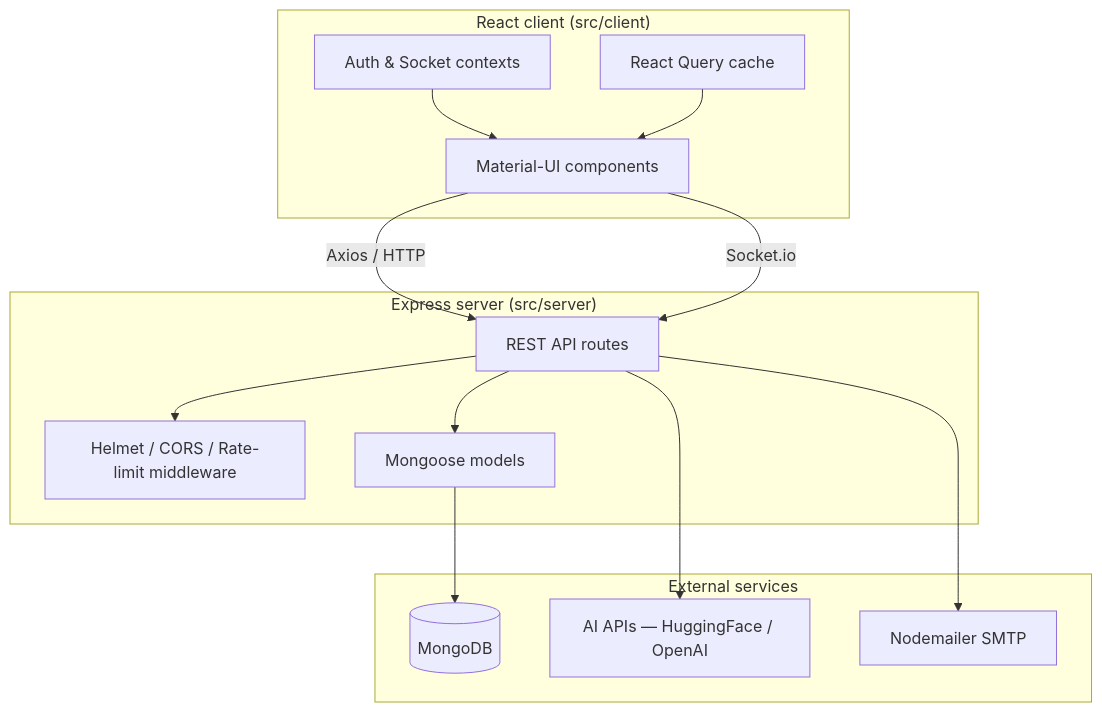
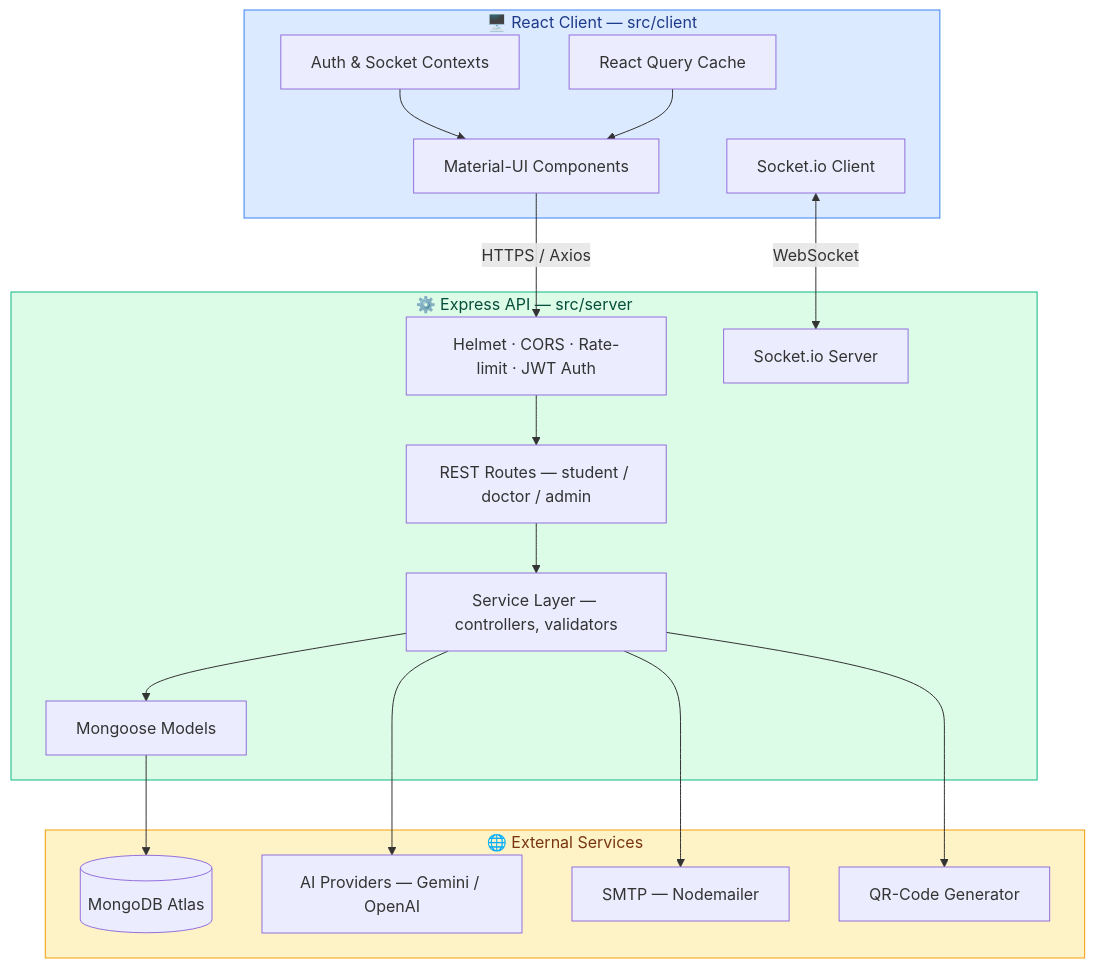
One commit to mightbeanshuu/DormDoc changed the diagram in README.md. Above: the diagram before and after it, drawn with Mermaid. The commit also changed other lines of this file, not shown here.

````diff
--- a/README.md
+++ b/README.md
@@ -89,30 +162,40 @@
 ```mermaid
 graph TD
-    subgraph Client["React client (src/client)"]
-        UI[Material-UI components]
-        RQ[React Query cache]
-        CTX[Auth & Socket contexts]
+    subgraph Client["🖥️ React Client — src/client"]
+        UI[Material-UI Components]
+        RQ[React Query Cache]
+        CTX[Auth & Socket Contexts]
+        WS1[Socket.io Client]
     end
 
-    subgraph Server["Express server (src/server)"]
-        MW[Helmet / CORS / Rate-limit middleware]
-        RT[REST API routes]
-        MD[Mongoose models]
+    subgraph Server["⚙️ Express API — src/server"]
+        MW[Helmet · CORS · Rate-limit · JWT Auth]
+        RT[REST Routes — student / doctor / admin]
+        SOCK[Socket.io Server]
+        SVC[Service Layer — controllers, validators]
+        MD[Mongoose Models]
     end
 
-    subgraph External["External services"]
-        DB[(MongoDB)]
-        AI[AI APIs — HuggingFace / OpenAI]
-        MAIL[Nodemailer SMTP]
+    subgraph External["🌐 External Services"]
+        DB[(MongoDB Atlas)]
+        AI[AI Providers — Gemini / OpenAI]
+        MAIL[SMTP — Nodemailer]
+        QR[QR-Code Generator]
     end
 
-    UI -->|Axios / HTTP| RT
-    UI -->|Socket.io| RT
+    UI -->|HTTPS / Axios| MW
+    WS1 <-->|WebSocket| SOCK
     CTX --> UI
     RQ --> UI
-    RT --> MW
-    RT --> MD
+    MW --> RT
+    RT --> SVC
+    SVC --> MD
     MD --> DB
-    RT --> AI
-    RT --> MAIL
+    SVC --> AI
+    SVC --> MAIL
+    SVC --> QR
+
+    style Client fill:#dbeafe,stroke:#3b82f6,color:#1e3a8a
+    style Server fill:#dcfce7,stroke:#10b981,color:#064e3b
+    style External fill:#fef3c7,stroke:#f59e0b,color:#78350f
 ```
````
